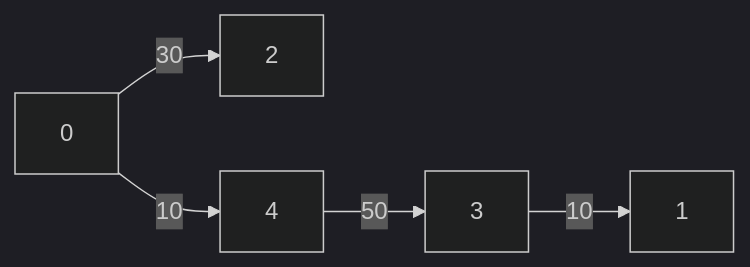
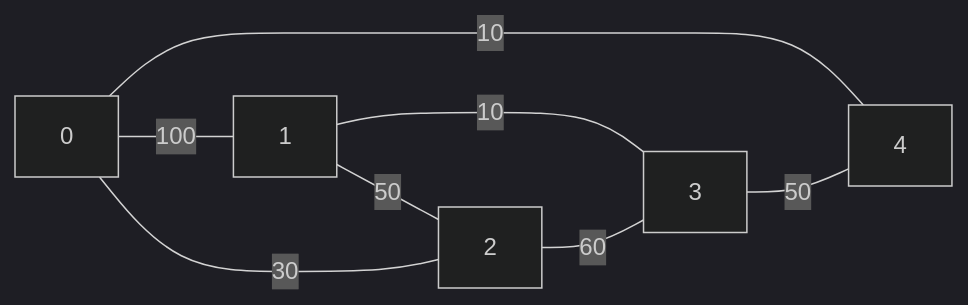
The diagram in Report/Pics/Test-MinLen.mmd (Sunshinehit/Graph), drawn with Mermaid (dark theme) before and after one commit. The commit also changed 25 other files, not shown here.

```diff
--- a/Report/Pics/Test-MinLen.mmd
+++ b/Report/Pics/Test-MinLen.mmd
@@ -1,5 +1,8 @@
 graph LR
-3 -->|10| 1
-0 -->|30| 2
-0 -->|10| 4
-4 -->|50| 3
+0 ---|100| 1
+1 ---|50| 2
+0 ---|30| 2
+0 ---|10| 4
+1 ---|10| 3
+2 ---|60| 3
+3 ---|50| 4
```
